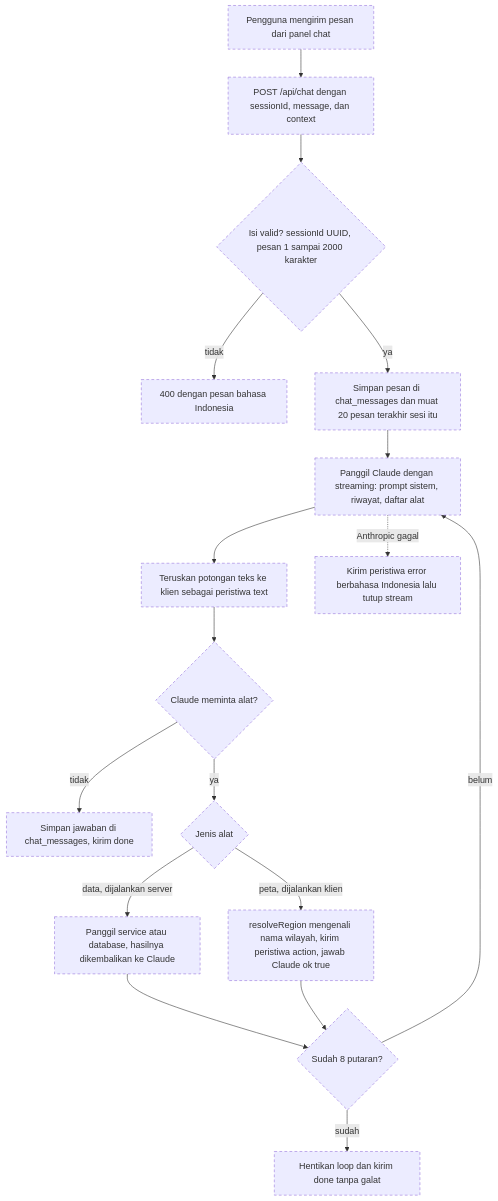
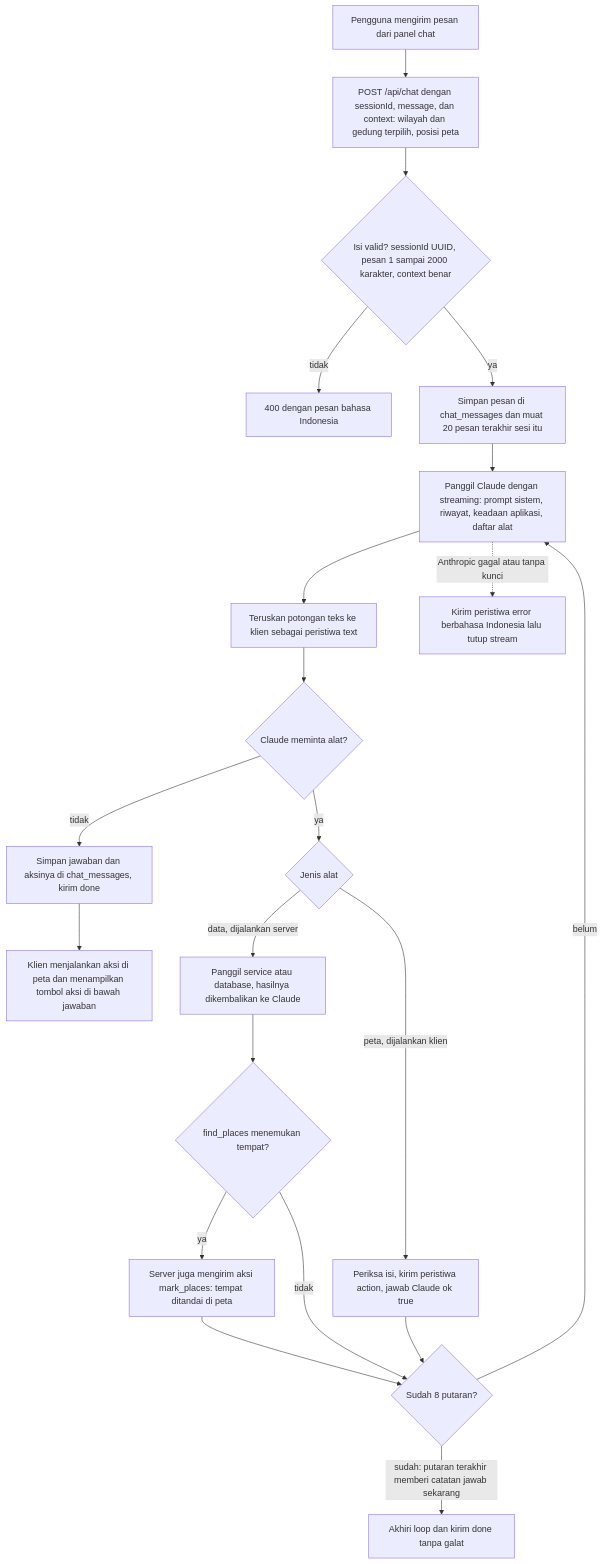
One commit to akhmadqasim/malas-ngoding changed the fifth of 7 diagrams in docs/technical/flows.md. Above: the diagram before and after it, drawn with Mermaid. The commit also changed other lines of this file and 8 other files, not shown here.

````diff
--- a/docs/technical/flows.md
+++ b/docs/technical/flows.md
@@ -183,22 +187,23 @@
 ```mermaid
 flowchart TD
-  A["Pengguna mengirim pesan dari panel chat"] --> B["POST /api/chat dengan sessionId, message, dan context"]
-  B --> C{"Isi valid? sessionId UUID, pesan 1 sampai 2000 karakter"}
+  A["Pengguna mengirim pesan dari panel chat"] --> B["POST /api/chat dengan sessionId, message, dan context: wilayah dan gedung terpilih, posisi peta"]
+  B --> C{"Isi valid? sessionId UUID, pesan 1 sampai 2000 karakter, context benar"}
   C -->|tidak| C1["400 dengan pesan bahasa Indonesia"]
   C -->|ya| D["Simpan pesan di chat_messages dan muat 20 pesan terakhir sesi itu"]
-  D --> E["Panggil Claude dengan streaming: prompt sistem, riwayat, daftar alat"]
+  D --> E["Panggil Claude dengan streaming: prompt sistem, riwayat, keadaan aplikasi, daftar alat"]
   E --> F["Teruskan potongan teks ke klien sebagai peristiwa text"]
   F --> G{"Claude meminta alat?"}
-  G -->|tidak| H["Simpan jawaban di chat_messages, kirim done"]
+  G -->|tidak| H["Simpan jawaban dan aksinya di chat_messages, kirim done"]
   G -->|ya| I{"Jenis alat"}
   I -->|"data, dijalankan server"| J["Panggil service atau database, hasilnya dikembalikan ke Claude"]
-  I -->|"peta, dijalankan klien"| K["resolveRegion mengenali nama wilayah, kirim peristiwa action, jawab Claude ok true"]
-  J --> L{"Sudah 8 putaran?"}
-  K --> L
+  I -->|"peta, dijalankan klien"| K["Periksa isi, kirim peristiwa action, jawab Claude ok true"]
+  J --> J1{"find_places menemukan tempat?"}
+  J1 -->|ya| J2["Server juga mengirim aksi mark_places: tempat ditandai di peta"]
+  J1 -->|tidak| L
+  J2 --> L
+  K --> L{"Sudah 8 putaran?"}
   L -->|belum| E
-  L -->|sudah| M["Hentikan loop dan kirim done tanpa galat"]
-  E -.->|"Anthropic gagal"| N["Kirim peristiwa error berbahasa Indonesia lalu tutup stream"]
-
-  classDef pending stroke-dasharray: 5 4
-  class A,B,C,C1,D,E,F,G,H,I,J,K,L,M,N pending
+  L -->|"sudah: putaran terakhir memberi catatan jawab sekarang"| M["Akhiri loop dan kirim done tanpa galat"]
+  E -.->|"Anthropic gagal atau tanpa kunci"| N["Kirim peristiwa error berbahasa Indonesia lalu tutup stream"]
+  H --> O["Klien menjalankan aksi di peta dan menampilkan tombol aksi di bawah jawaban"]
 ```
````
